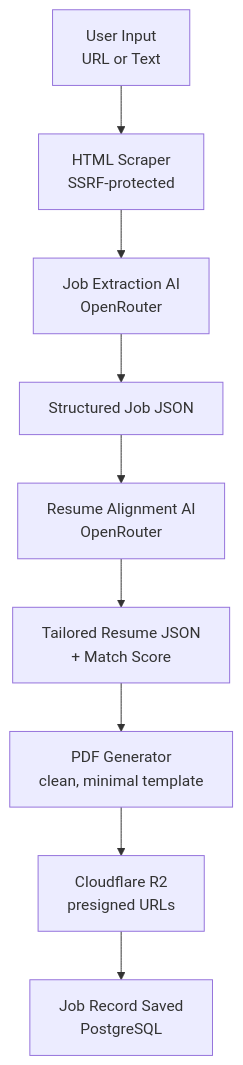
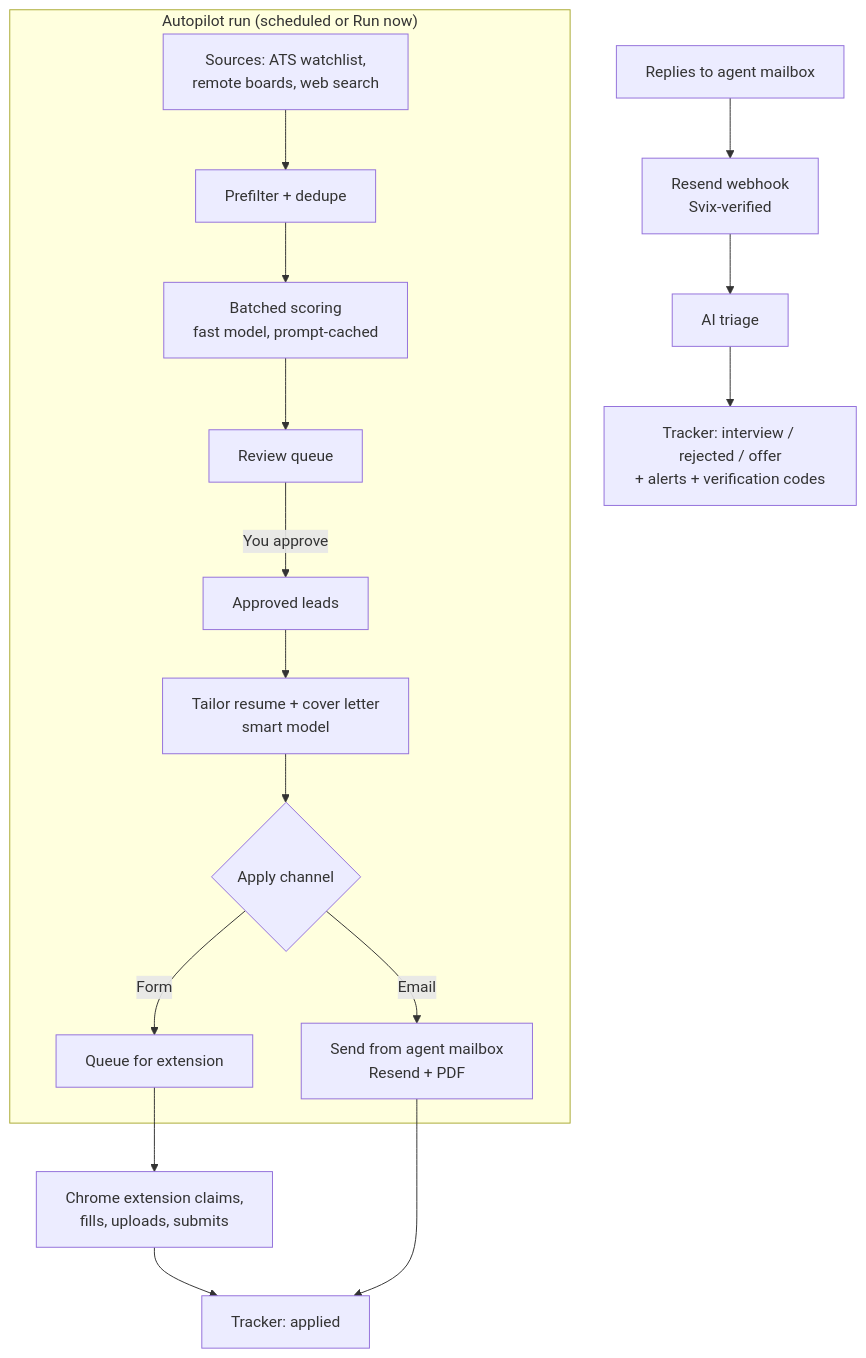
One commit to collinsadi/aethlara changed the diagram in README.md. Above: the diagram before and after it, drawn with Mermaid. The commit also changed other lines of this file, not shown here.

Commit message:
docs: describe the autopilot, Anthropic and the v2 extension

````diff
--- a/README.md
+++ b/README.md
@@ -283,11 +299,19 @@
 ```mermaid
 flowchart TD
-    A[User Input<br/>URL or Text] --> B[HTML Scraper<br/>SSRF-protected]
-    B --> C[Job Extraction AI<br/>OpenRouter]
-    C --> D[Structured Job JSON]
-    D --> E[Resume Alignment AI<br/>OpenRouter]
-    E --> F[Tailored Resume JSON<br/>+ Match Score]
-    F --> G[PDF Generator<br/>clean, minimal template]
-    G --> H[Cloudflare R2<br/>presigned URLs]
-    H --> I[Job Record Saved<br/>PostgreSQL]
+    subgraph Run["Autopilot run (scheduled or Run now)"]
+        A[Approved leads] --> B[Tailor resume + cover letter<br/>smart model]
+        B --> C{Apply channel}
+        C -->|Email| D[Send from agent mailbox<br/>Resend + PDF]
+        C -->|Form| E[Queue for extension]
+        F[Sources: ATS watchlist,<br/>remote boards, web search] --> G[Prefilter + dedupe]
+        G --> H[Batched scoring<br/>fast model, prompt-cached]
+        H --> I[Review queue]
+    end
+    I -->|You approve| A
+    E --> J[Chrome extension claims,<br/>fills, uploads, submits]
+    J --> K[Tracker: applied]
+    D --> K
+    L[Replies to agent mailbox] --> M[Resend webhook<br/>Svix-verified]
+    M --> N[AI triage]
+    N --> O[Tracker: interview / rejected / offer<br/>+ alerts + verification codes]
 ```
````
